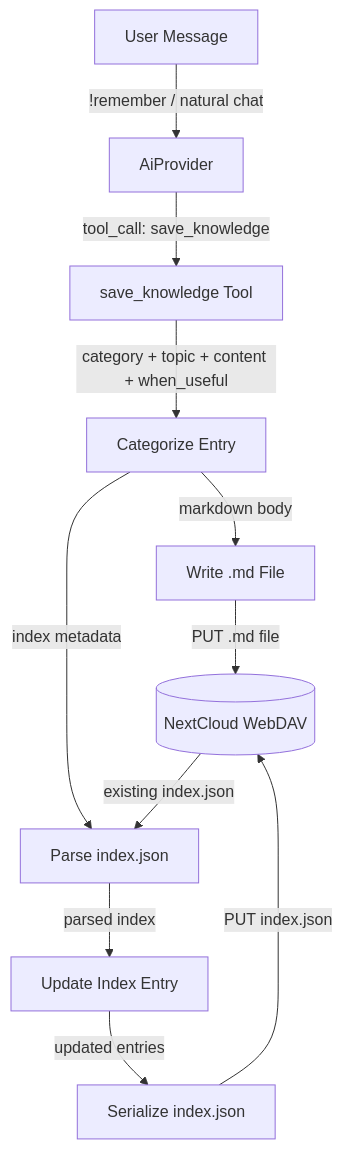
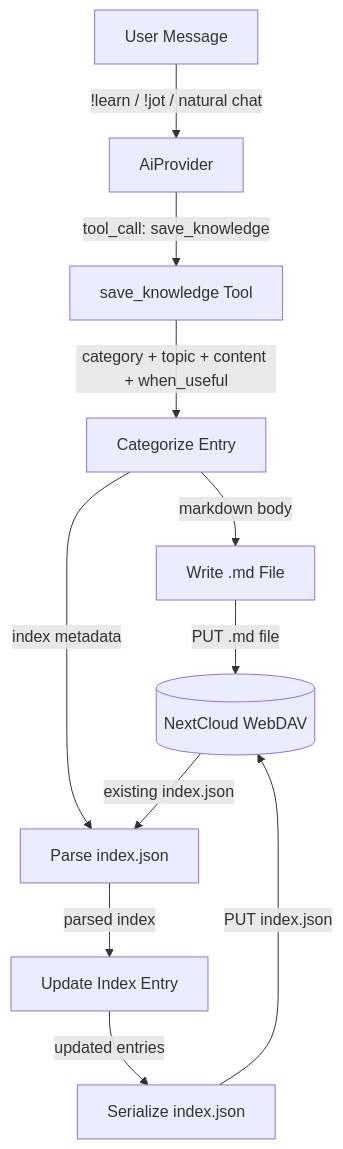
The first of 5 diagrams in _dfds/base/knowledge.md (cosmoswafer/rockbot), drawn with Mermaid before and after one commit. The commit also changed other lines of this file and 4 other files, not shown here.

Commit message:
Update knowledge DFD: !learn and !jot as magic words for knowledge

````diff
--- a/_dfds/base/knowledge.md
+++ b/_dfds/base/knowledge.md
@@ -57,23 +66,23 @@
 ```mermaid
 flowchart TD
     USER[User Message]
     AI[AiProvider]
     TOOL[save_knowledge Tool]
     CATEGORIZE[Categorize Entry]
     MD[Write .md File]
     IDX_PARSE[Parse index.json]
     IDX_UPDATE[Update Index Entry]
     IDX_SER[Serialize index.json]
     DAV[(NextCloud WebDAV)]
 
-    USER -->|"!remember / natural chat"| AI
+    USER -->|"!learn / !jot / natural chat"| AI
     AI -->|"tool_call: save_knowledge"| TOOL
     TOOL -->|"category + topic + content + when_useful"| CATEGORIZE
     CATEGORIZE -->|"markdown body"| MD
     MD -->|"PUT .md file"| DAV
     CATEGORIZE -->|"index metadata"| IDX_PARSE
     DAV -->|"existing index.json"| IDX_PARSE
     IDX_PARSE -->|"parsed index"| IDX_UPDATE
     IDX_UPDATE -->|"updated entries"| IDX_SER
     IDX_SER -->|"PUT index.json"| DAV
 ```
````
